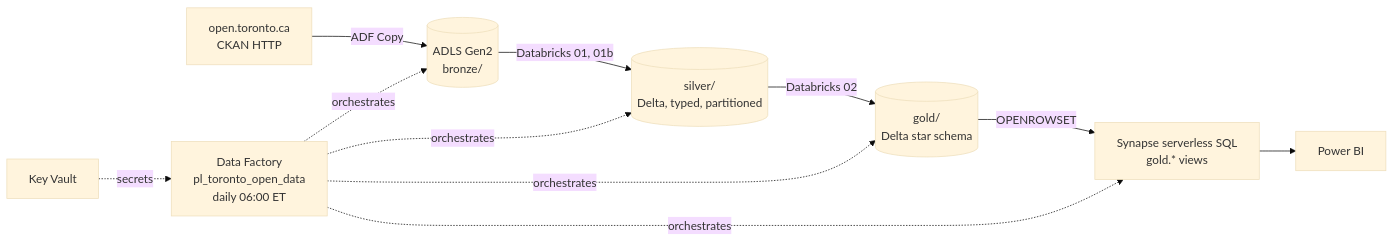
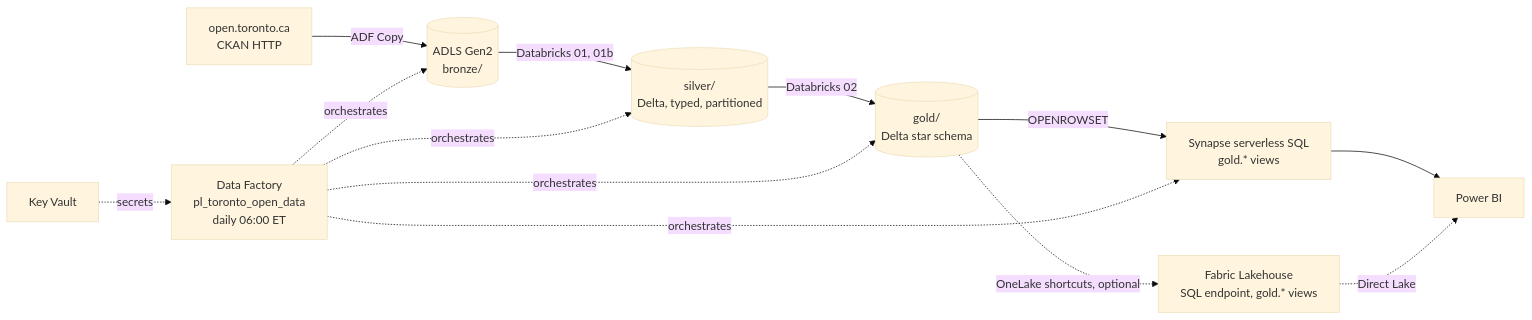
The diagram in docs/architecture.md (prhoguns/azure-toronto-data-platform), drawn with Mermaid (base theme) before and after one commit. The commit also changed 11 other files, not shown here.

Commit message:
Add optional Microsoft Fabric serving layer; move notebooks to Spark 4.0; update CI

````diff
--- a/docs/architecture.md
+++ b/docs/architecture.md
@@ -3,10 +3,12 @@
 ```mermaid
 flowchart LR
     CKAN[open.toronto.ca<br/>CKAN HTTP] -->|ADF Copy| B[(ADLS Gen2<br/>bronze/)]
     B -->|Databricks 01, 01b| S[(silver/<br/>Delta, typed, partitioned)]
     S -->|Databricks 02| G[(gold/<br/>Delta star schema)]
     G -->|OPENROWSET| SYN[Synapse serverless SQL<br/>gold.* views]
     SYN --> PBI[Power BI]
+    G -.->|OneLake shortcuts, optional| FAB[Fabric Lakehouse<br/>SQL endpoint, gold.* views]
+    FAB -.->|Direct Lake| PBI
     ADF[Data Factory<br/>pl_toronto_open_data<br/>daily 06:00 ET] -. orchestrates .-> B & S & G & SYN
     KV[Key Vault] -. secrets .-> ADF
 ```
````
